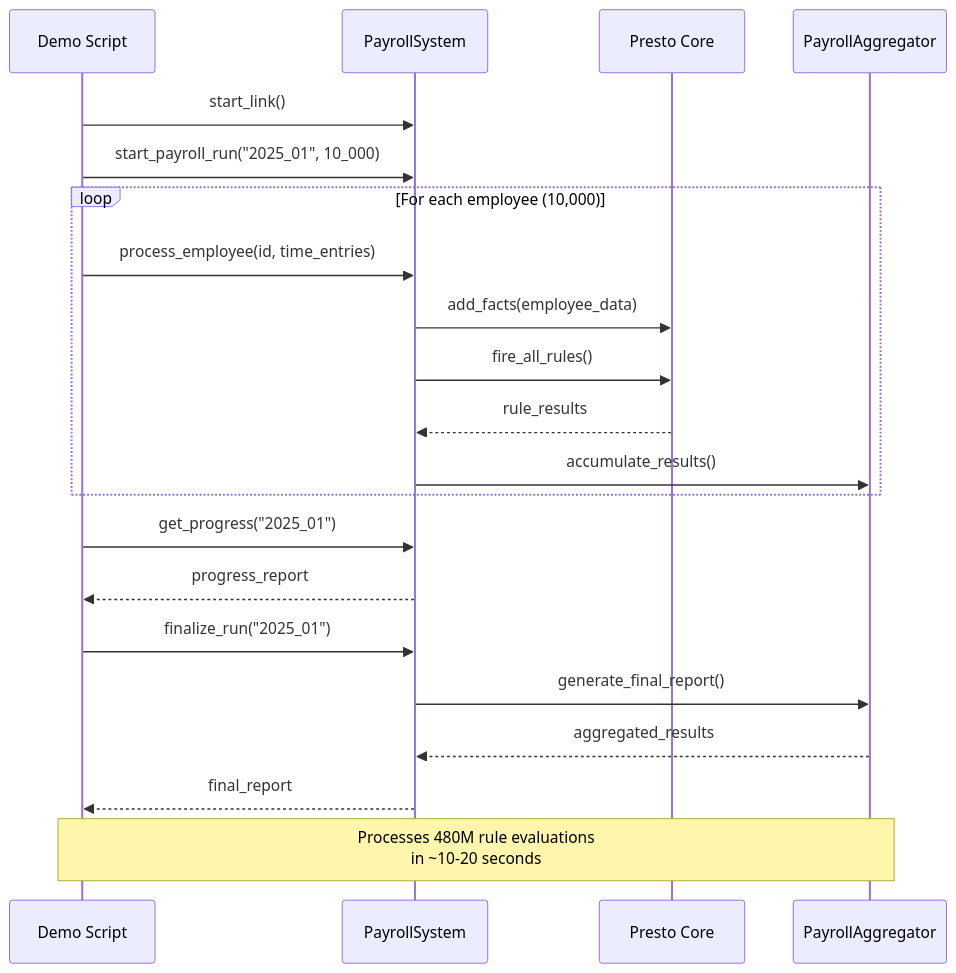
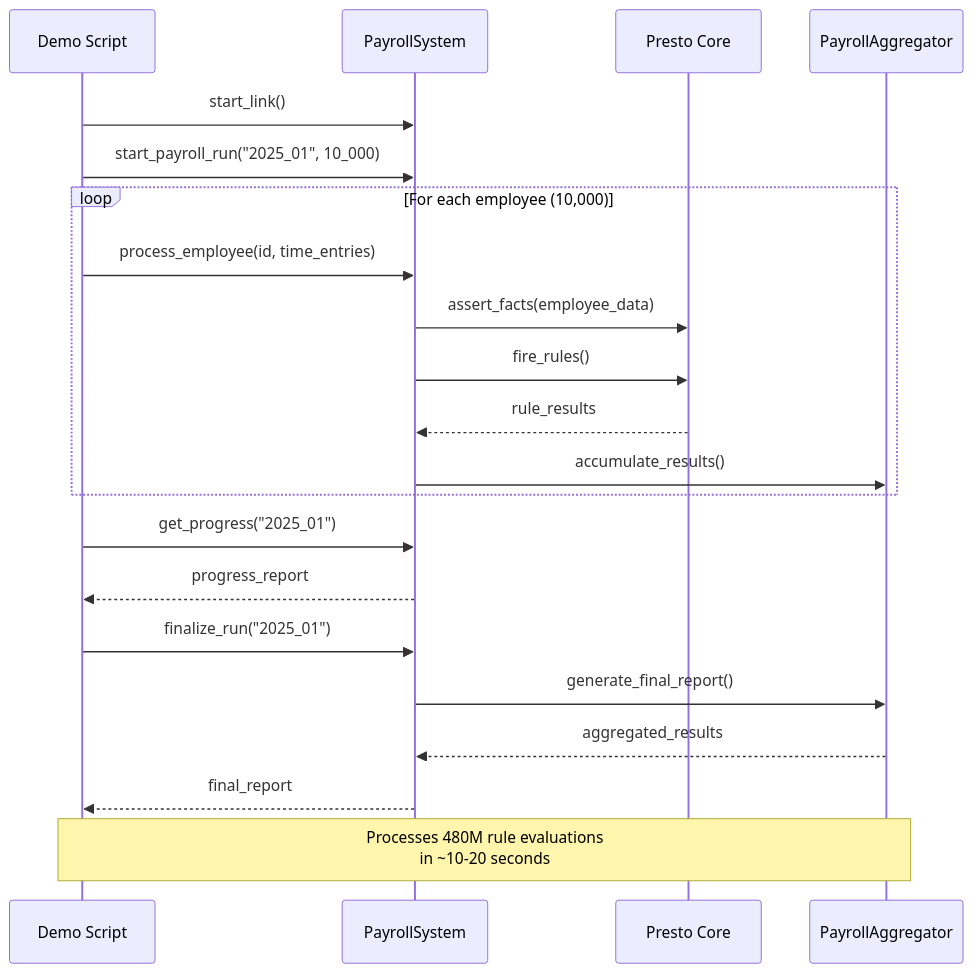
The second of 4 diagrams in examples/README.md (hl/presto), drawn with Mermaid before and after one commit. The commit also changed other lines of this file and 11 other files, not shown here.

````diff
--- a/examples/README.md
+++ b/examples/README.md
@@ -84,28 +207,28 @@
 ```mermaid
 sequenceDiagram
     participant Demo as Demo Script
     participant PS as PayrollSystem
     participant PC as Presto Core
     participant PA as PayrollAggregator
     
     Demo->>PS: start_link()
     Demo->>PS: start_payroll_run("2025_01", 10_000)
     
     loop For each employee (10,000)
         Demo->>PS: process_employee(id, time_entries)
-        PS->>PC: add_facts(employee_data)
-        PS->>PC: fire_all_rules()
+        PS->>PC: assert_facts(employee_data)
+        PS->>PC: fire_rules()
         PC-->>PS: rule_results
         PS->>PA: accumulate_results()
     end
     
     Demo->>PS: get_progress("2025_01")
     PS-->>Demo: progress_report
     
     Demo->>PS: finalize_run("2025_01")
     PS->>PA: generate_final_report()
     PA-->>PS: aggregated_results
     PS-->>Demo: final_report
     
     Note over Demo,PA: Processes 480M rule evaluations<br/>in ~10-20 seconds
 ```
````
